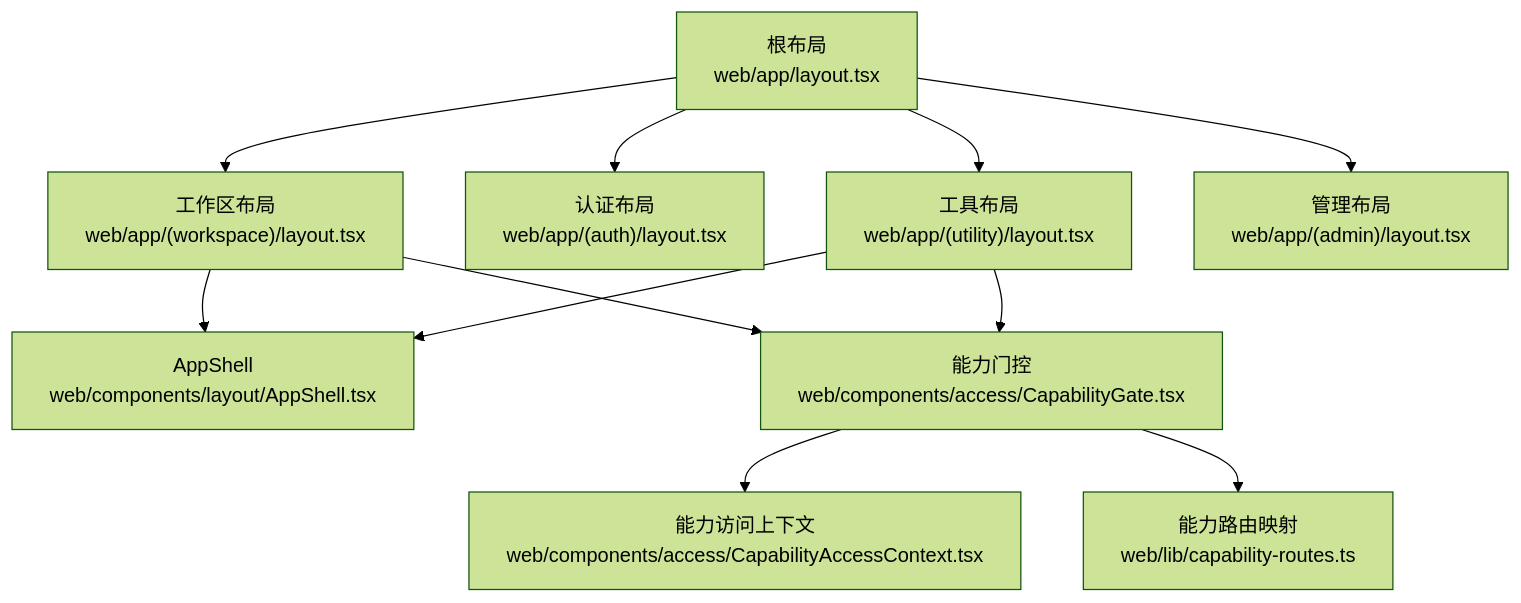
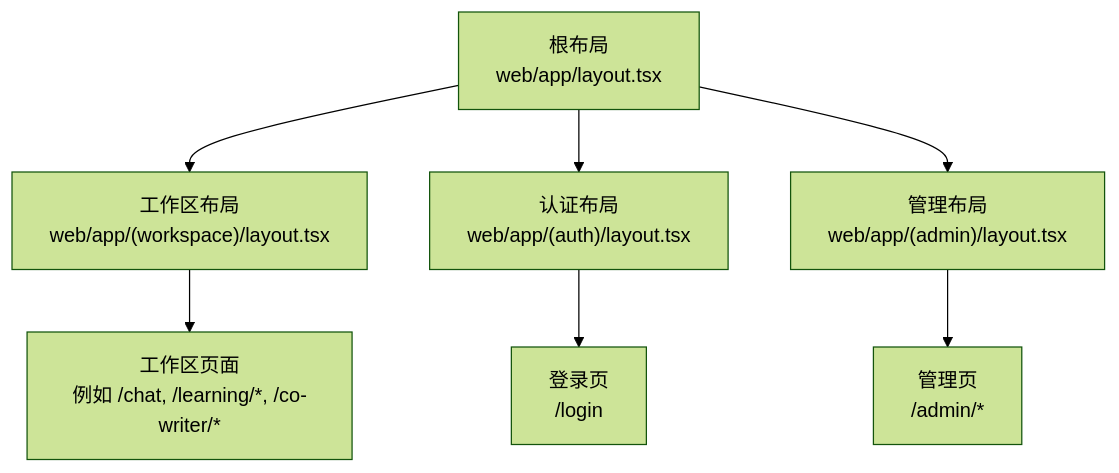
Before and after one commit to gongzili456/DeepTutor: the first of 9 diagrams in .qoder/repowiki/zh/content/前端架构/路由与导航.md, drawn with Mermaid (forest theme). The commit also changed other lines of this file and 1242 other files, not shown here.

````diff
--- a/.qoder/repowiki/zh/content/前端架构/路由与导航.md
+++ b/.qoder/repowiki/zh/content/前端架构/路由与导航.md
@@ -41,13 +54,9 @@
 ```mermaid
 graph TB
-A["根布局<br/>web/app/layout.tsx"] --> B["工作区布局<br/>web/app/(workspace)/layout.tsx"]
-A --> C["认证布局<br/>web/app/(auth)/layout.tsx"]
-A --> D["工具布局<br/>web/app/(utility)/layout.tsx"]
-A --> E["管理布局<br/>web/app/(admin)/layout.tsx"]
-B --> F["AppShell<br/>web/components/layout/AppShell.tsx"]
-D --> F
-B --> G["能力门控<br/>web/components/access/CapabilityGate.tsx"]
-D --> G
-G --> H["能力访问上下文<br/>web/components/access/CapabilityAccessContext.tsx"]
-G --> I["能力路由映射<br/>web/lib/capability-routes.ts"]
+Root["根布局<br/>web/app/layout.tsx"] --> Workspace["工作区布局<br/>web/app/(workspace)/layout.tsx"]
+Root --> Auth["认证布局<br/>web/app/(auth)/layout.tsx"]
+Root --> Admin["管理布局<br/>web/app/(admin)/layout.tsx"]
+Workspace --> Pages["工作区页面<br/>例如 /chat, /learning/*, /co-writer/*"]
+Auth --> LoginPage["登录页<br/>/login"]
+Admin --> AdminPage["管理页<br/>/admin/*"]
 ```
````
